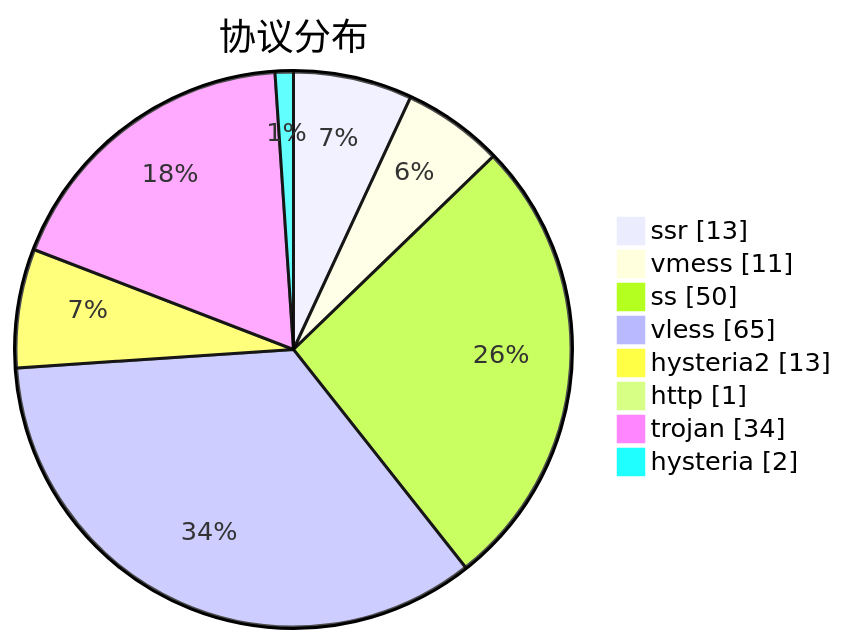
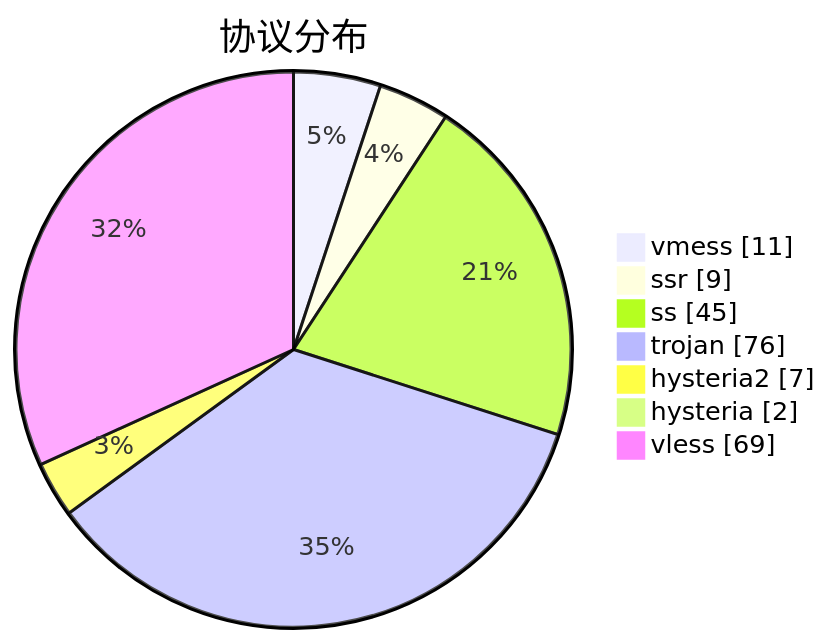
Before and after one commit to sinspired/airport: the third of 3 diagrams in subs/statistics/tested_within.md, drawn with Mermaid. The commit also changed other lines of this file and 2 other files, not shown here.

````diff
--- a/subs/statistics/tested_within.md
+++ b/subs/statistics/tested_within.md
@@ -43,12 +44,11 @@
 ```mermaid
 pie showData
 title 协议分布
-"ssr" : 13
 "vmess" : 11
-"ss" : 50
-"vless" : 65
-"hysteria2" : 13
-"http" : 1
-"trojan" : 34
+"ssr" : 9
+"ss" : 45
+"trojan" : 76
+"hysteria2" : 7
 "hysteria" : 2
+"vless" : 69
 ```
````
